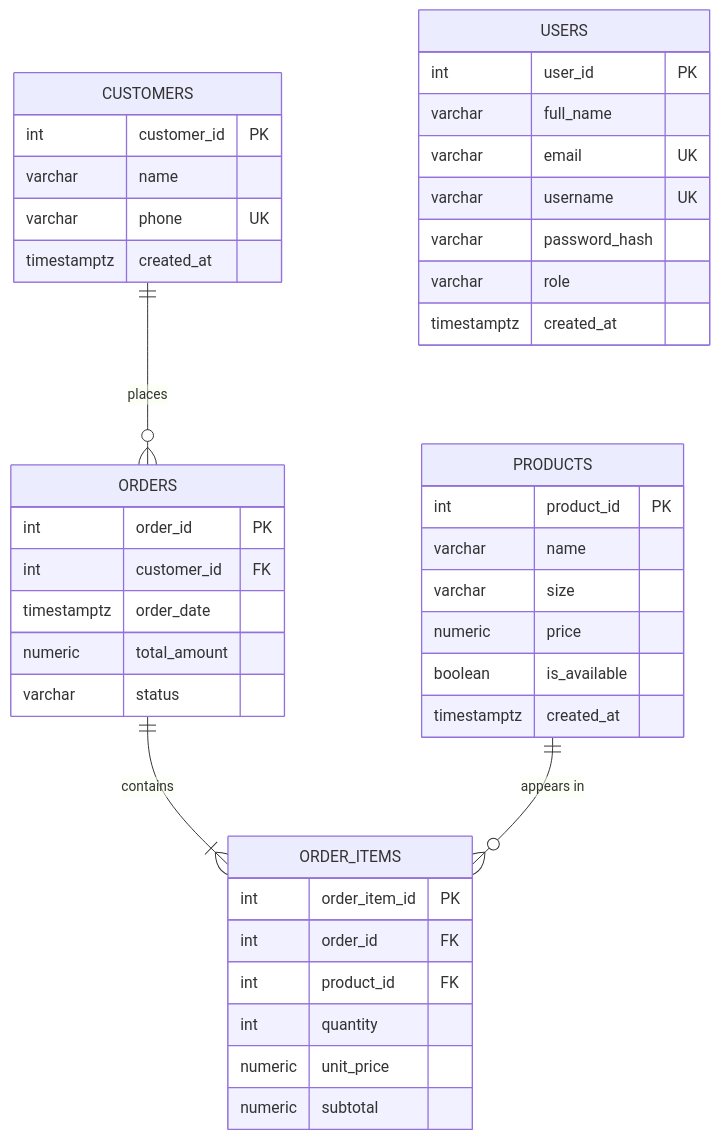
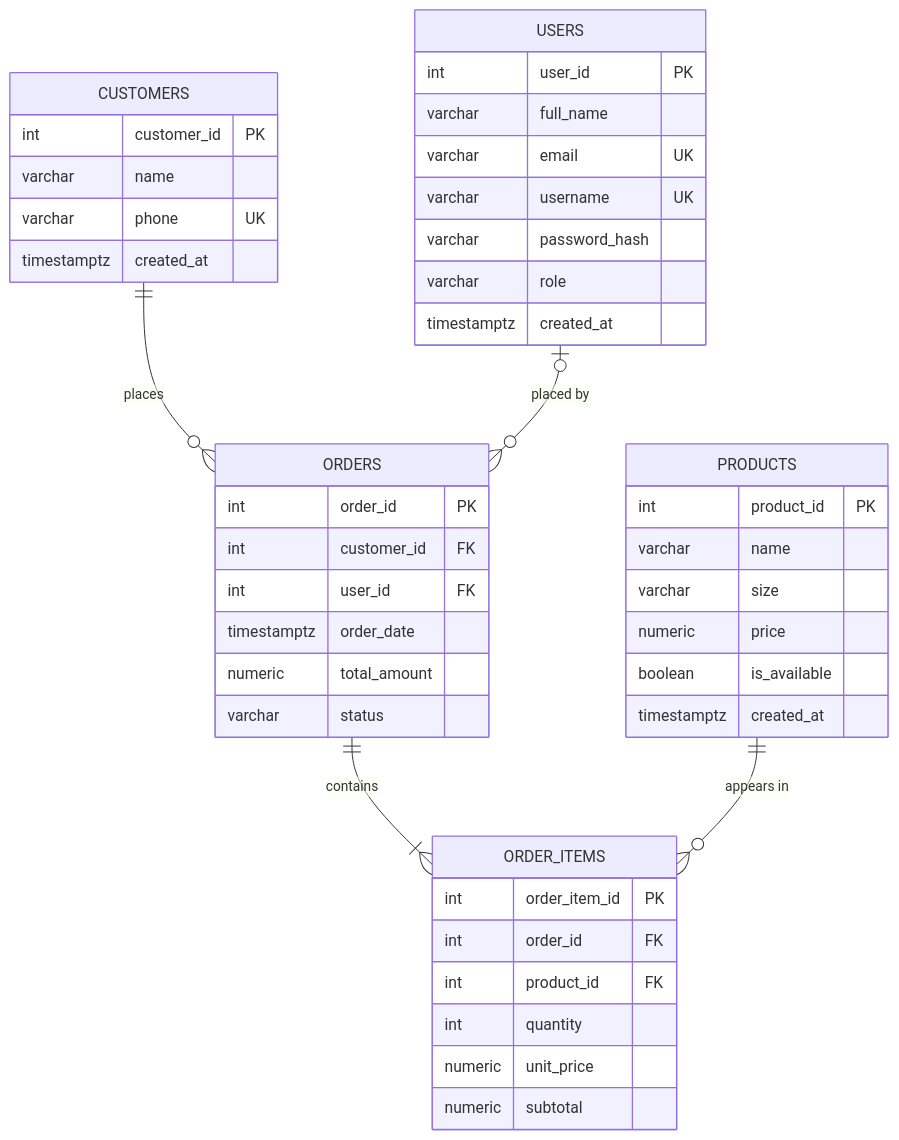
One commit to samad-k-shaik/dairycart changed the diagram in docs/04-architecture/database-erd.md. Above: the diagram before and after it, drawn with Mermaid. The commit also changed other lines of this file and 31 other files, not shown here.

````diff
--- a/docs/04-architecture/database-erd.md
+++ b/docs/04-architecture/database-erd.md
@@ -5,45 +5,47 @@
 ```mermaid
 erDiagram
     CUSTOMERS ||--o{ ORDERS : places
+    USERS |o--o{ ORDERS : "placed by"
     ORDERS ||--|{ ORDER_ITEMS : contains
     PRODUCTS ||--o{ ORDER_ITEMS : "appears in"
 
     CUSTOMERS {
         int customer_id PK
         varchar name
         varchar phone UK
         timestamptz created_at
     }
     PRODUCTS {
         int product_id PK
         varchar name
         varchar size
         numeric price
         boolean is_available
         timestamptz created_at
     }
     ORDERS {
         int order_id PK
         int customer_id FK
+        int user_id FK
         timestamptz order_date
         numeric total_amount
         varchar status
     }
     ORDER_ITEMS {
         int order_item_id PK
         int order_id FK
         int product_id FK
         int quantity
         numeric unit_price
         numeric subtotal
     }
     USERS {
         int user_id PK
         varchar full_name
         varchar email UK
         varchar username UK
         varchar password_hash
         varchar role
         timestamptz created_at
     }
 ```
````
